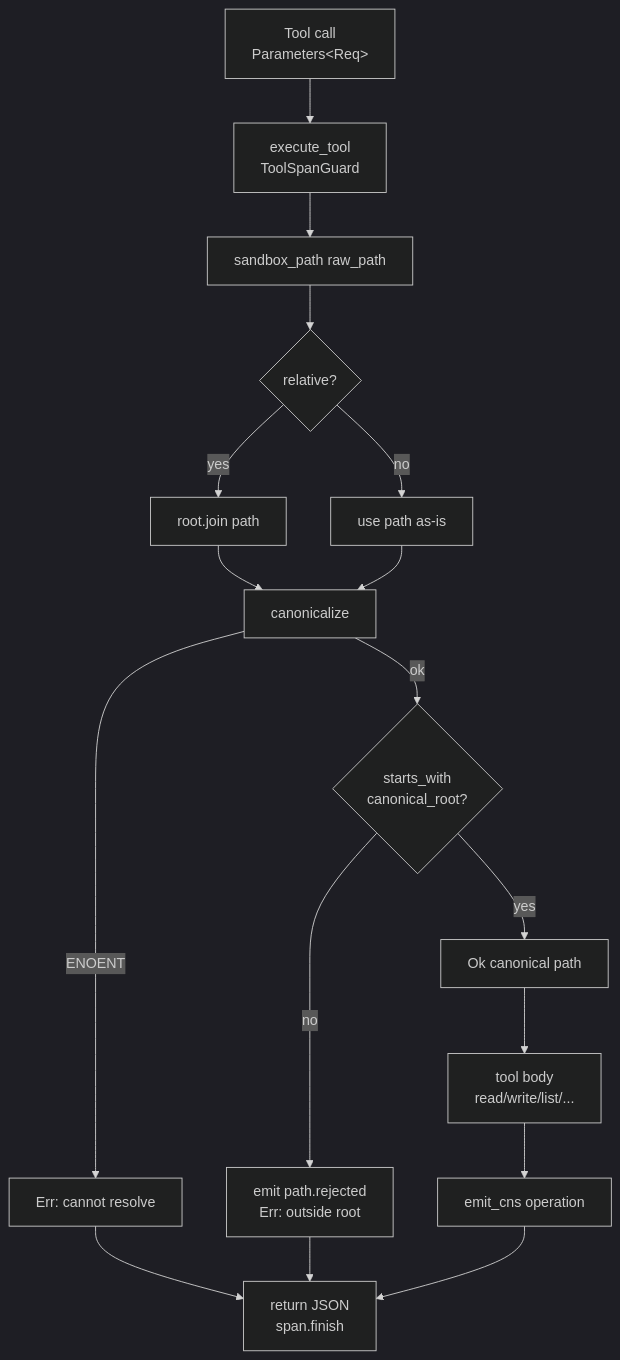
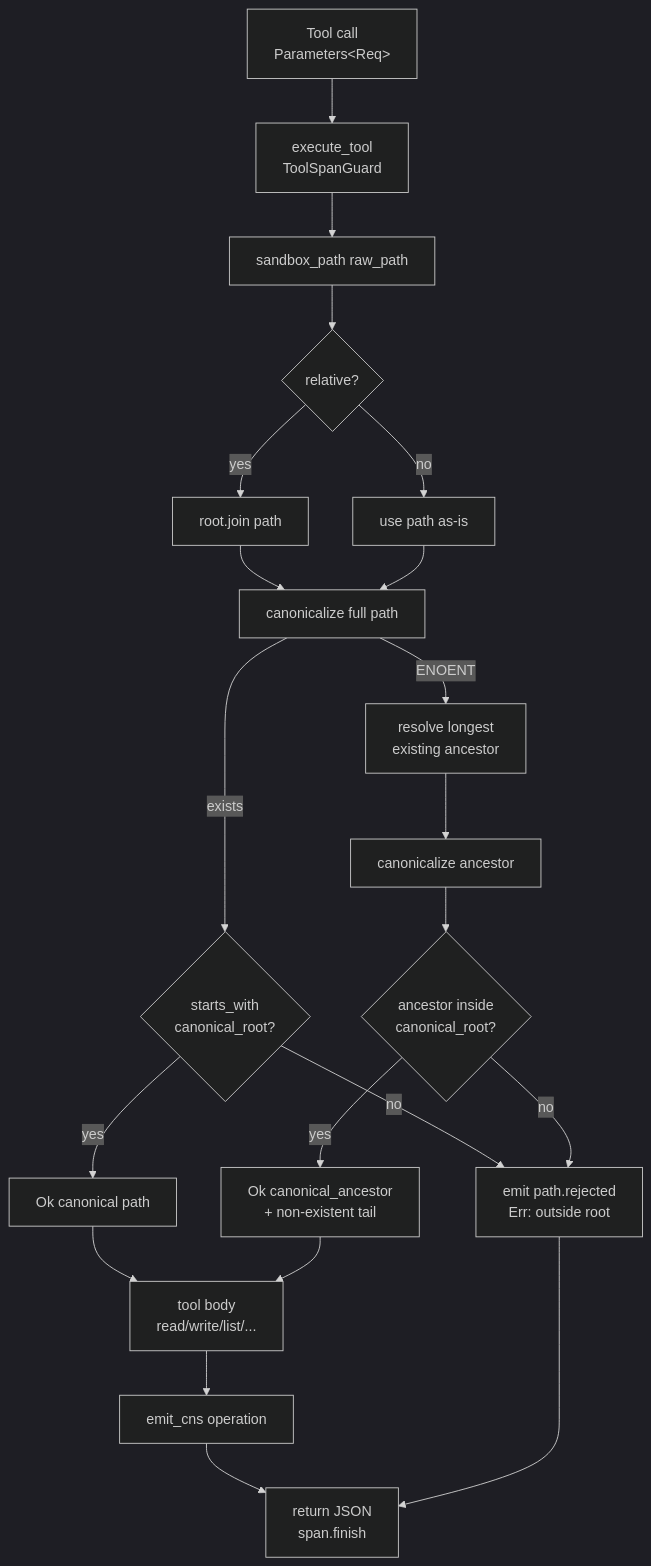
The diagram in docs/reference/mcp-servers/filesystem.md (mdz-axo/hKask), drawn with Mermaid (dark theme) before and after one commit. The commit also changed other lines of this file and 30 other files, not shown here.

````diff
--- a/docs/reference/mcp-servers/filesystem.md
+++ b/docs/reference/mcp-servers/filesystem.md
@@ -41,19 +41,23 @@
 ```mermaid
 graph TD
     A["Tool call<br/>Parameters&lt;Req&gt;"] --> B["execute_tool<br/>ToolSpanGuard"]
     B --> C["sandbox_path raw_path"]
     C --> D{"relative?"}
     D -->|"yes"| E["root.join path"]
     D -->|"no"| F["use path as-is"]
-    E --> G["canonicalize"]
+    E --> G["canonicalize full path"]
     F --> G
-    G -->|"ENOENT"| H["Err: cannot resolve"]
-    G -->|"ok"| I{"starts_with<br/>canonical_root?"}
-    I -->|"no"| J["emit path.rejected<br/>Err: outside root"]
-    I -->|"yes"| K["Ok canonical path"]
-    K --> L["tool body<br/>read/write/list/..."]
-    L --> M["emit_cns operation"]
-    M --> N["return JSON<br/>span.finish"]
-    H --> N
-    J --> N
+    G -->|"exists"| H{"starts_with<br/>canonical_root?"}
+    G -->|"ENOENT"| I["resolve longest<br/>existing ancestor"]
+    I --> J["canonicalize ancestor"]
+    J --> K{"ancestor inside<br/>canonical_root?"}
+    H -->|"no"| L["emit path.rejected<br/>Err: outside root"]
+    H -->|"yes"| M["Ok canonical path"]
+    K -->|"no"| L
+    K -->|"yes"| N["Ok canonical_ancestor<br/>+ non-existent tail"]
+    M --> O["tool body<br/>read/write/list/..."]
+    N --> O
+    O --> P["emit_cns operation"]
+    P --> Q["return JSON<br/>span.finish"]
+    L --> Q
 ```
````
